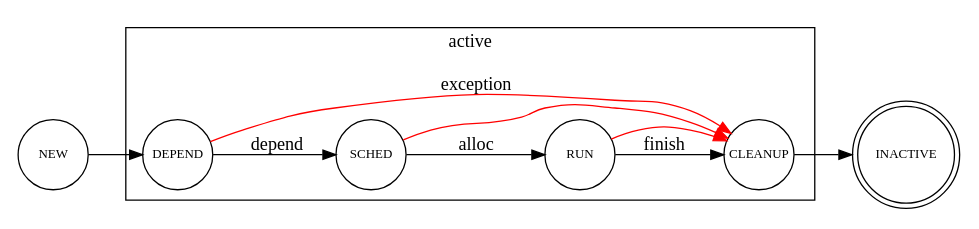
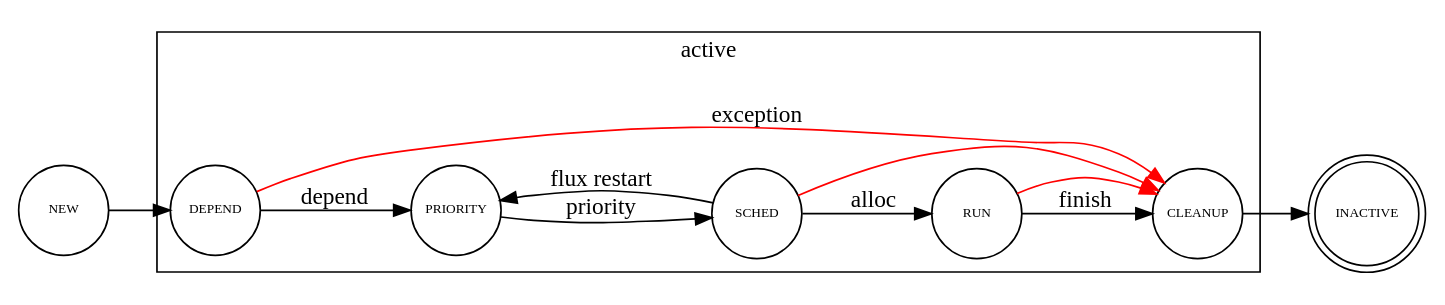
The diagram in data/spec_21/states.dot (flux-framework/rfc), drawn with Graphviz before and after one commit. The commit also changed 1 other file, not shown here.

Commit message:
rfc21: add PRIORITY state to diagram

```diff
--- a/data/spec_21/states.dot
+++ b/data/spec_21/states.dot
@@ -1,29 +1,33 @@
 digraph states {
     rankdir=LR
 
-    size="8,5"
+#size="8,5"
 
-    node [shape=doublecircle fontsize=10 fixsize=shape width=0.75]; INACTIVE
+    node [shape=doublecircle fontsize=8 fixsize=shape width=0.75]; INACTIVE
 
-    node [shape=circle fontsize=10 fixedsize=shape width=0.75];
+    node [shape=circle fontsize=8 fixedsize=shape width=0.75];
 
     subgraph cluster_main {
         label = "active";
         DEPEND;
+        PRIORITY;
         SCHED;
         RUN;
         CLEANUP;
     }
 
     NEW -> DEPEND;
-    DEPEND -> SCHED [label="depend"];
+    DEPEND -> PRIORITY [label="depend"];
+    PRIORITY -> SCHED [label="priority"];
     SCHED -> RUN [label="alloc"];
     RUN -> CLEANUP [label="finish"];
     CLEANUP -> INACTIVE;
+
+    SCHED -> PRIORITY [label="flux restart"]
 
     edge [weight=0 color="red"];
 
     DEPEND -> CLEANUP [label="exception"];
     SCHED -> CLEANUP;
     RUN -> CLEANUP;
 }
```
